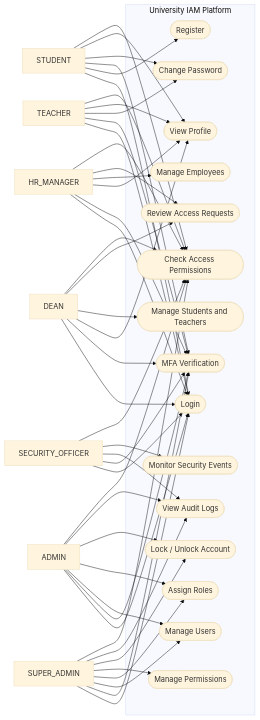
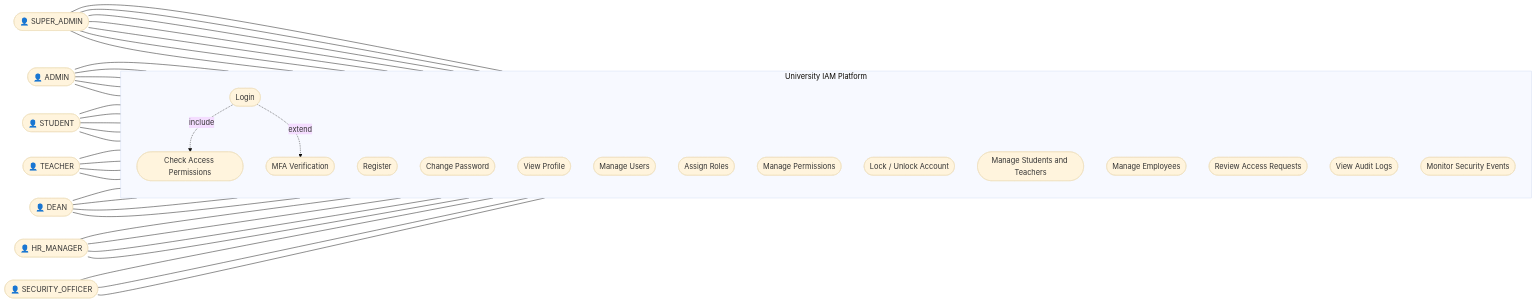
The diagram in docs/diagrams/use-case.md (ajymaskar082/University-IAM-Platform), drawn with Mermaid (base theme) before and after one commit. The commit also changed other lines of this file, not shown here.

Commit message:
Improve UML use case diagram

````diff
--- a/docs/diagrams/use-case.md
+++ b/docs/diagrams/use-case.md
@@ -15,78 +4,71 @@
 ```mermaid
 flowchart LR
-    SA["SUPER_ADMIN"]
-    AD["ADMIN"]
-    ST["STUDENT"]
-    TE["TEACHER"]
-    DE["DEAN"]
-    HR["HR_MANAGER"]
-    SO["SECURITY_OFFICER"]
+    SA(["👤 SUPER_ADMIN"])
+    AD(["👤 ADMIN"])
+    ST(["👤 STUDENT"])
+    TE(["👤 TEACHER"])
+    DE(["👤 DEAN"])
+    HR(["👤 HR_MANAGER"])
+    SO(["👤 SECURITY_OFFICER"])
 
-    subgraph IAM["University IAM Platform"]
+    subgraph SYSTEM["University IAM Platform"]
+        direction TB
         UC1(["Login"])
         UC2(["Register"])
         UC3(["MFA Verification"])
         UC4(["Change Password"])
         UC5(["View Profile"])
         UC6(["Manage Users"])
         UC7(["Assign Roles"])
         UC8(["Manage Permissions"])
         UC9(["Lock / Unlock Account"])
         UC10(["Manage Students and Teachers"])
         UC11(["Manage Employees"])
         UC12(["Review Access Requests"])
         UC13(["View Audit Logs"])
         UC14(["Monitor Security Events"])
         UC15(["Check Access Permissions"])
     end
 
-    SA --> UC1
-    SA --> UC3
-    SA --> UC6
-    SA --> UC7
-    SA --> UC8
-    SA --> UC9
-    SA --> UC13
-    SA --> UC15
+    SA --- UC1
+    SA --- UC6
+    SA --- UC7
+    SA --- UC8
+    SA --- UC9
+    SA --- UC13
+    SA --- UC15
 
-    AD --> UC1
-    AD --> UC3
-    AD --> UC6
-    AD --> UC7
-    AD --> UC9
-    AD --> UC13
-    AD --> UC15
+    AD --- UC1
+    AD --- UC6
+    AD --- UC7
+    AD --- UC9
+    AD --- UC13
 
-    ST --> UC1
-    ST --> UC2
-    ST --> UC3
-    ST --> UC4
-    ST --> UC5
-    ST --> UC15
+    ST --- UC1
+    ST --- UC2
+    ST --- UC3
+    ST --- UC4
+    ST --- UC5
 
-    TE --> UC1
-    TE --> UC3
-    TE --> UC4
-    TE --> UC5
-    TE --> UC15
+    TE --- UC1
+    TE --- UC3
+    TE --- UC4
+    TE --- UC5
 
-    DE --> UC1
-    DE --> UC3
-    DE --> UC5
-    DE --> UC10
-    DE --> UC12
-    DE --> UC15
+    DE --- UC1
+    DE --- UC5
+    DE --- UC10
+    DE --- UC12
 
-    HR --> UC1
-    HR --> UC3
-    HR --> UC5
-    HR --> UC11
-    HR --> UC12
-    HR --> UC15
+    HR --- UC1
+    HR --- UC5
+    HR --- UC11
+    HR --- UC12
 
-    SO --> UC1
-    SO --> UC3
-    SO --> UC13
-    SO --> UC14
-    SO --> UC15
+    SO --- UC1
+    SO --- UC13
+    SO --- UC14
+
+    UC1 -.->|include| UC15
+    UC1 -.->|extend| UC3
 ```
````
